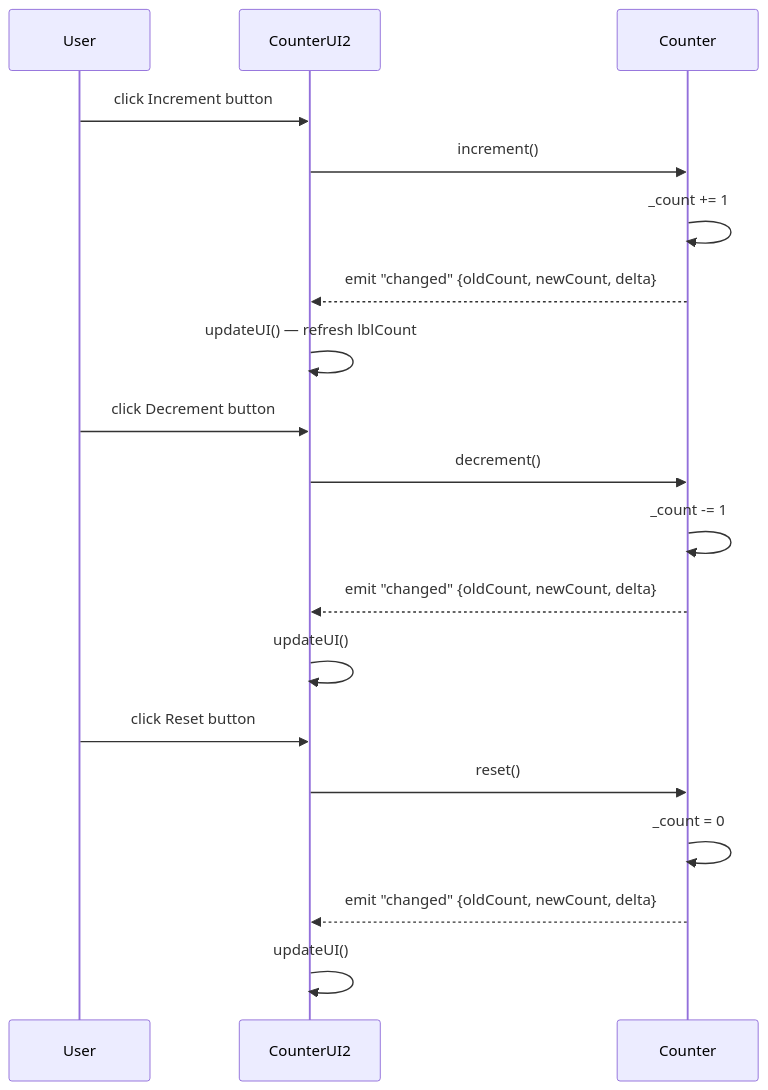
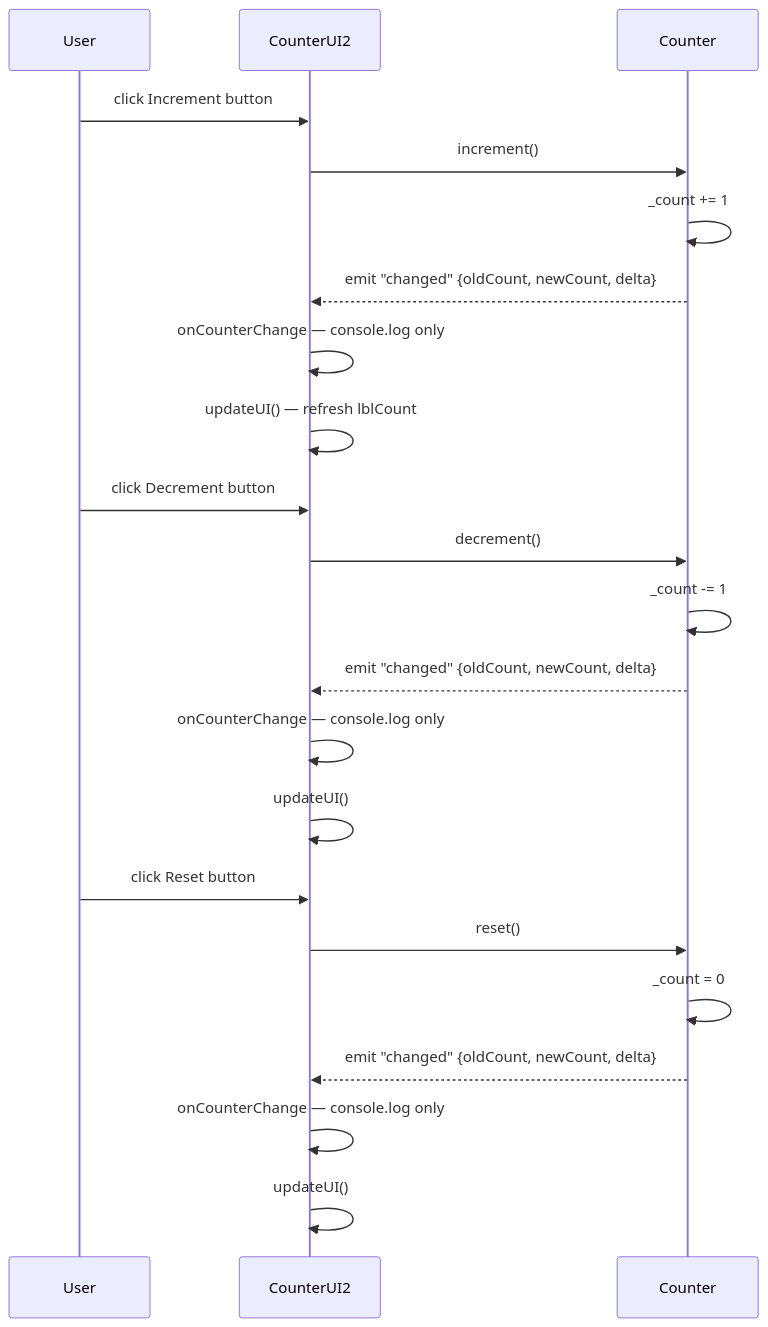
Before and after one commit to thomasinjapan/TaskManager: the first of 3 diagrams in doc/models.md, drawn with Mermaid. The commit also changed other lines of this file and 6 other files, not shown here.

````diff
--- a/doc/models.md
+++ b/doc/models.md
@@ -46,24 +54,27 @@
 ```mermaid
 sequenceDiagram
     participant User
     participant CounterUI2
     participant Counter
 
     User->>CounterUI2: click Increment button
     CounterUI2->>Counter: increment()
     Counter->>Counter: _count += 1
     Counter-->>CounterUI2: emit "changed" {oldCount, newCount, delta}
+    CounterUI2->>CounterUI2: onCounterChange — console.log only
     CounterUI2->>CounterUI2: updateUI() — refresh lblCount
 
     User->>CounterUI2: click Decrement button
     CounterUI2->>Counter: decrement()
     Counter->>Counter: _count -= 1
     Counter-->>CounterUI2: emit "changed" {oldCount, newCount, delta}
+    CounterUI2->>CounterUI2: onCounterChange — console.log only
     CounterUI2->>CounterUI2: updateUI()
 
     User->>CounterUI2: click Reset button
     CounterUI2->>Counter: reset()
     Counter->>Counter: _count = 0
     Counter-->>CounterUI2: emit "changed" {oldCount, newCount, delta}
+    CounterUI2->>CounterUI2: onCounterChange — console.log only
     CounterUI2->>CounterUI2: updateUI()
 ```
````
